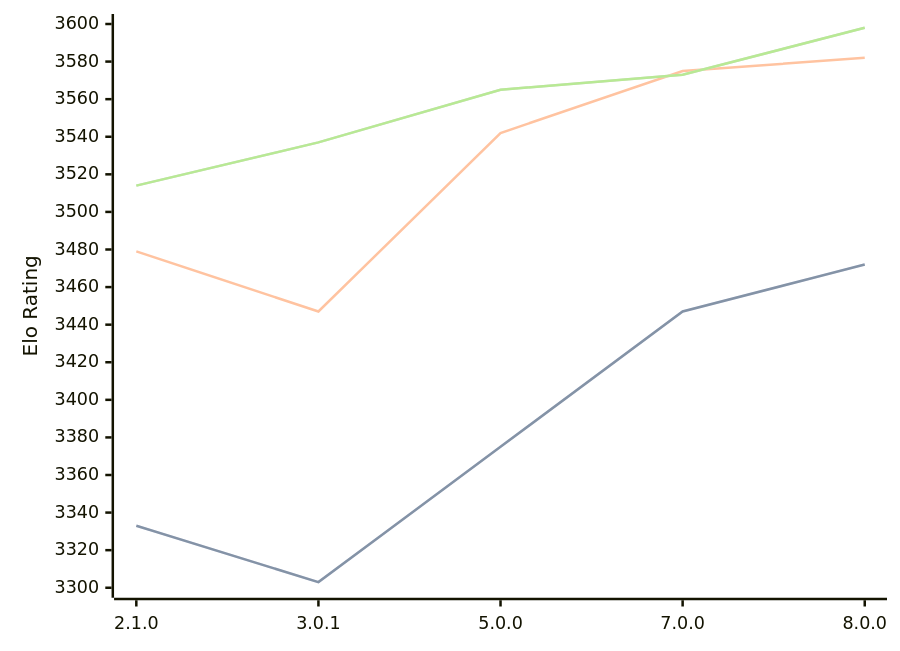
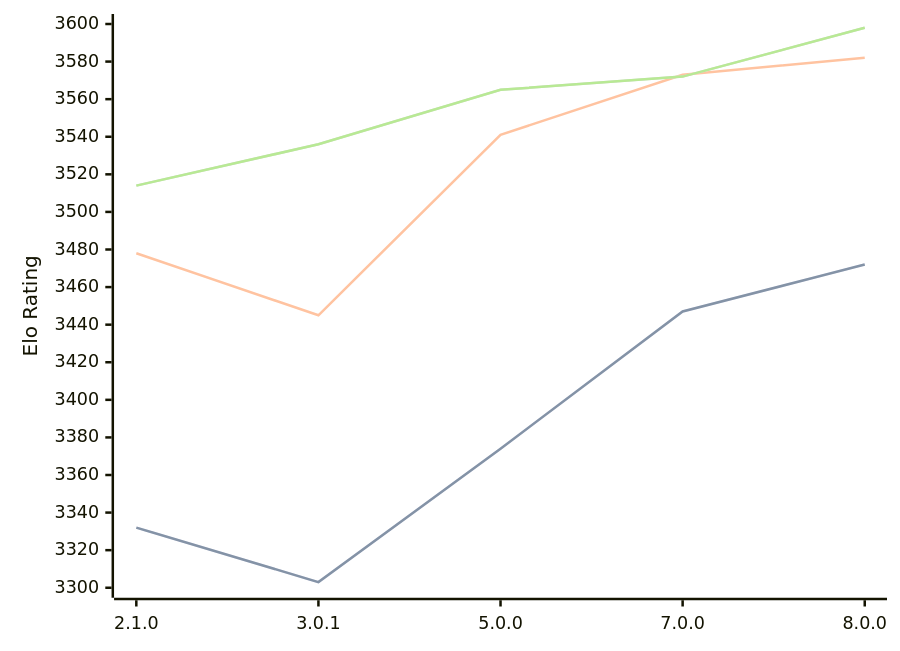
The diagram in engines/PlentyChess.md (computer-chess-index/cci), drawn with Mermaid before and after one commit. The commit also changed other lines of this file, not shown here.

Commit message:
Update CCI Ratings (ELO VLTC) - 2026-10-01

````diff
--- a/engines/PlentyChess.md
+++ b/engines/PlentyChess.md
@@ -37,11 +37,11 @@
 ```mermaid
 %%{init: {"theme":"base","themeVariables":{"seriesColors:['#a3a3a3','#222221','#faa371']}}}%%
 xychart-beta
   x-axis ["2.1.0", "3.0.1", "5.0.0", "7.0.0", "8.0.0"]
   y-axis "Elo Rating" 3300 --> 3600
-  line "" [3333, 3303, 3375, 3447, 3472]
-  line "STC (8.0+0.08s)" [3333, 3303, 3375, 3447, 3472]
-  line "LTC (60.0+0.60s)" [3479, 3447, 3542, 3575, 3582]
-  line "" [3514, 3537, 3565, 3573, 3598]
-  line "VLTC (2m24s+1.12s)" [3514, 3537, 3565, 3573, 3598]
+  line "" [3332, 3303, 3374, 3447, 3472]
+  line "STC (8.0+0.08s)" [3332, 3303, 3374, 3447, 3472]
+  line "LTC (60.0+0.60s)" [3478, 3445, 3541, 3573, 3582]
+  line "" [3514, 3536, 3565, 3572, 3598]
+  line "VLTC (2m24s+1.12s)" [3514, 3536, 3565, 3572, 3598]
 ```
````
